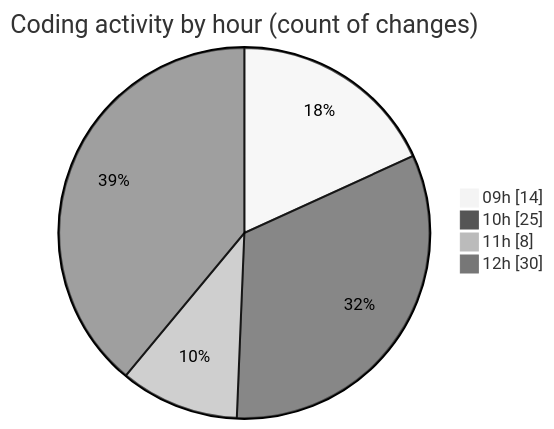
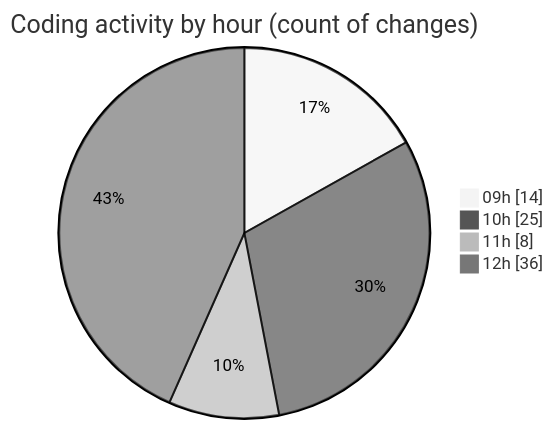
The second of 2 diagrams in 2025-06-03/cda/README.md (momahboobian/code-tracking), drawn with Mermaid (neutral theme) before and after one commit. The commit also changed other lines of this file and 1 other file, not shown here.

````diff
--- a/2025-06-03/cda/README.md
+++ b/2025-06-03/cda/README.md
@@ -33,8 +33,8 @@
 ```mermaid
 pie showData
 title Coding activity by hour (count of changes)
 "09h" : 14
 "10h" : 25
 "11h" : 8
-"12h" : 30
+"12h" : 36
 ```
````
